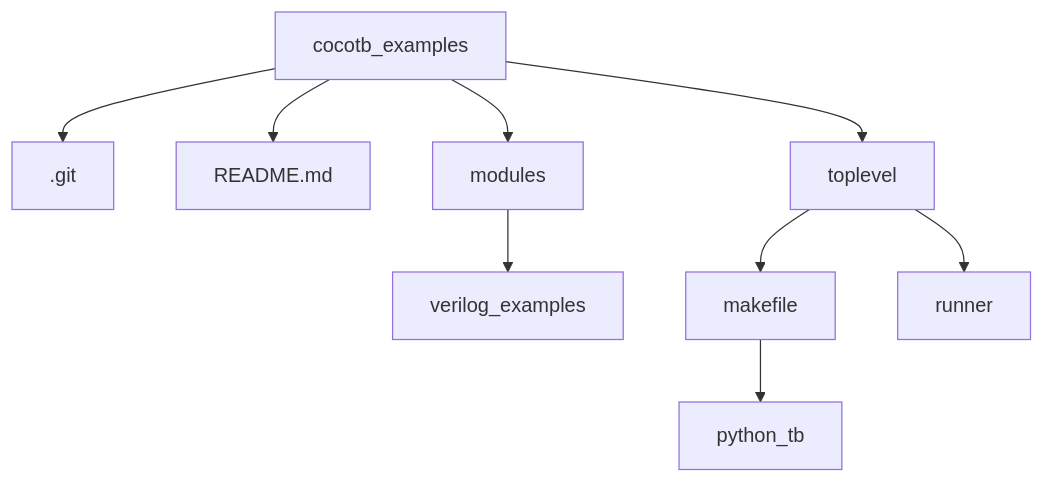
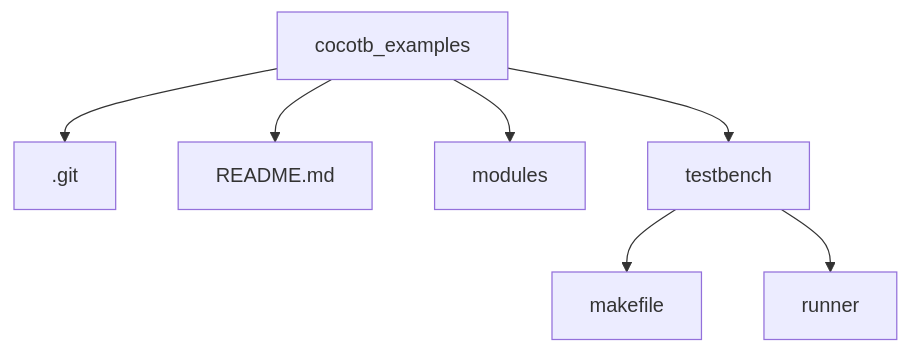
One commit to micherciu/cocotb_examples changed the third of 3 diagrams in README.md. Above: the diagram before and after it, drawn with Mermaid. The commit also changed other lines of this file, not shown here.

Commit message:
[update] diagram changes ...: README.md

````diff
--- a/README.md
+++ b/README.md
@@ -73,11 +108,9 @@
 ```mermaid 
 graph TD;
     cocotb_examples-->.git;
     cocotb_examples-->README.md;
     cocotb_examples-->modules;
-    modules-->verilog_examples;
-    cocotb_examples-->toplevel;
-    toplevel-->makefile;
-    makefile-->python_tb;
-    toplevel-->runner;
+    cocotb_examples-->testbench;
+    testbench-->makefile;
+    testbench-->runner;
 ```
````
